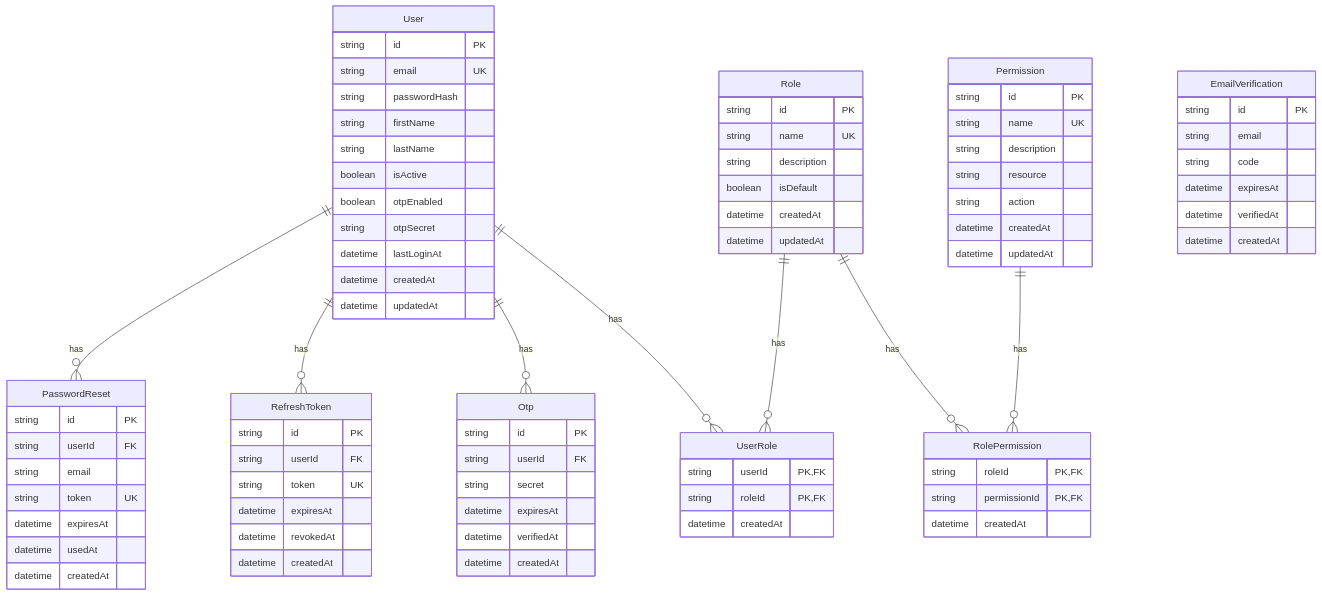
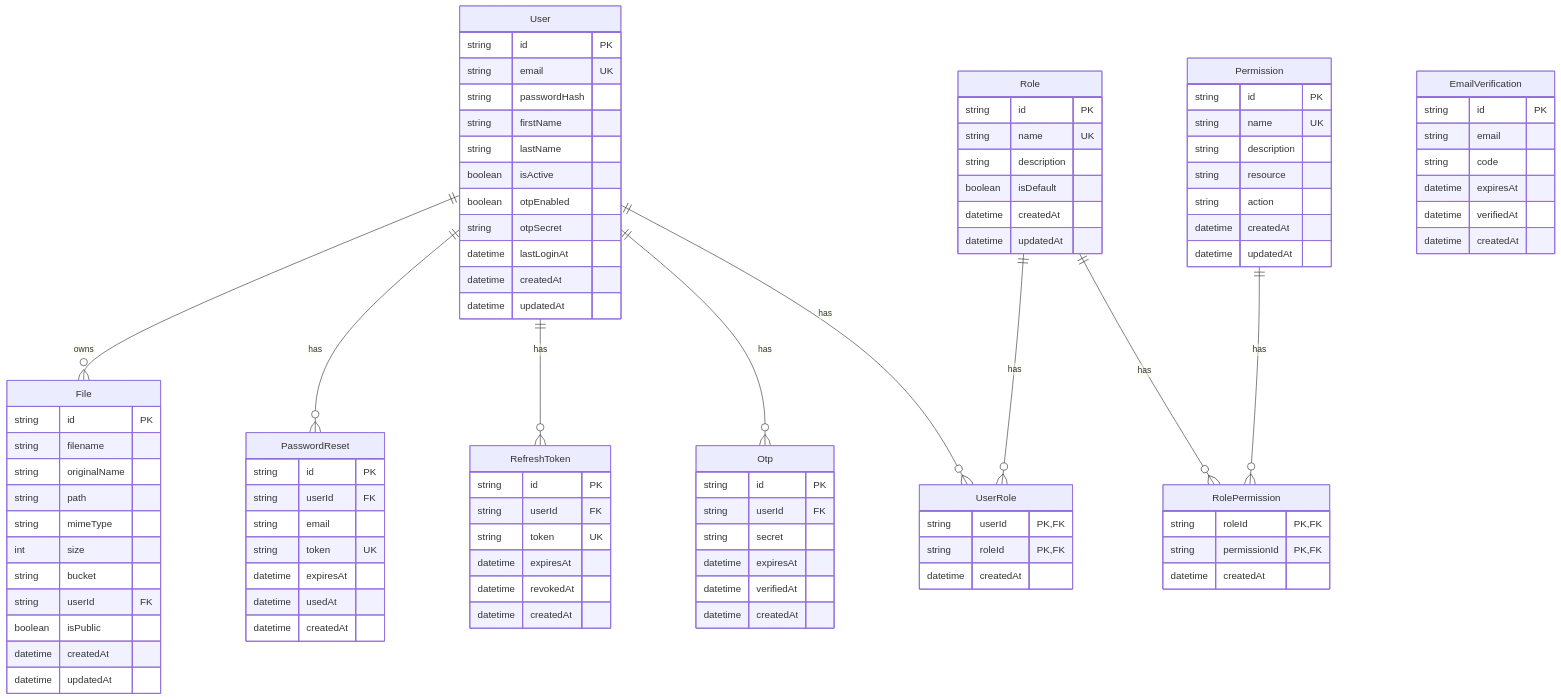
Before and after one commit to kodlix/nextmissal-server: the diagram in README.md, drawn with Mermaid. The commit also changed other lines of this file and 26 other files, not shown here.

````diff
--- a/README.md
+++ b/README.md
@@ -259,11 +270,26 @@
         datetime createdAt
     }
     
+    File {
+        string id PK
+        string filename
+        string originalName
+        string path
+        string mimeType
+        int size
+        string bucket
+        string userId FK
+        boolean isPublic
+        datetime createdAt
+        datetime updatedAt
+    }
+    
     User ||--o{ UserRole : has
     Role ||--o{ UserRole : has
     User ||--o{ Otp : has
     User ||--o{ RefreshToken : has
     User ||--o{ PasswordReset : has
+    User ||--o{ File : owns
     Role ||--o{ RolePermission : has
     Permission ||--o{ RolePermission : has
 ```
````
